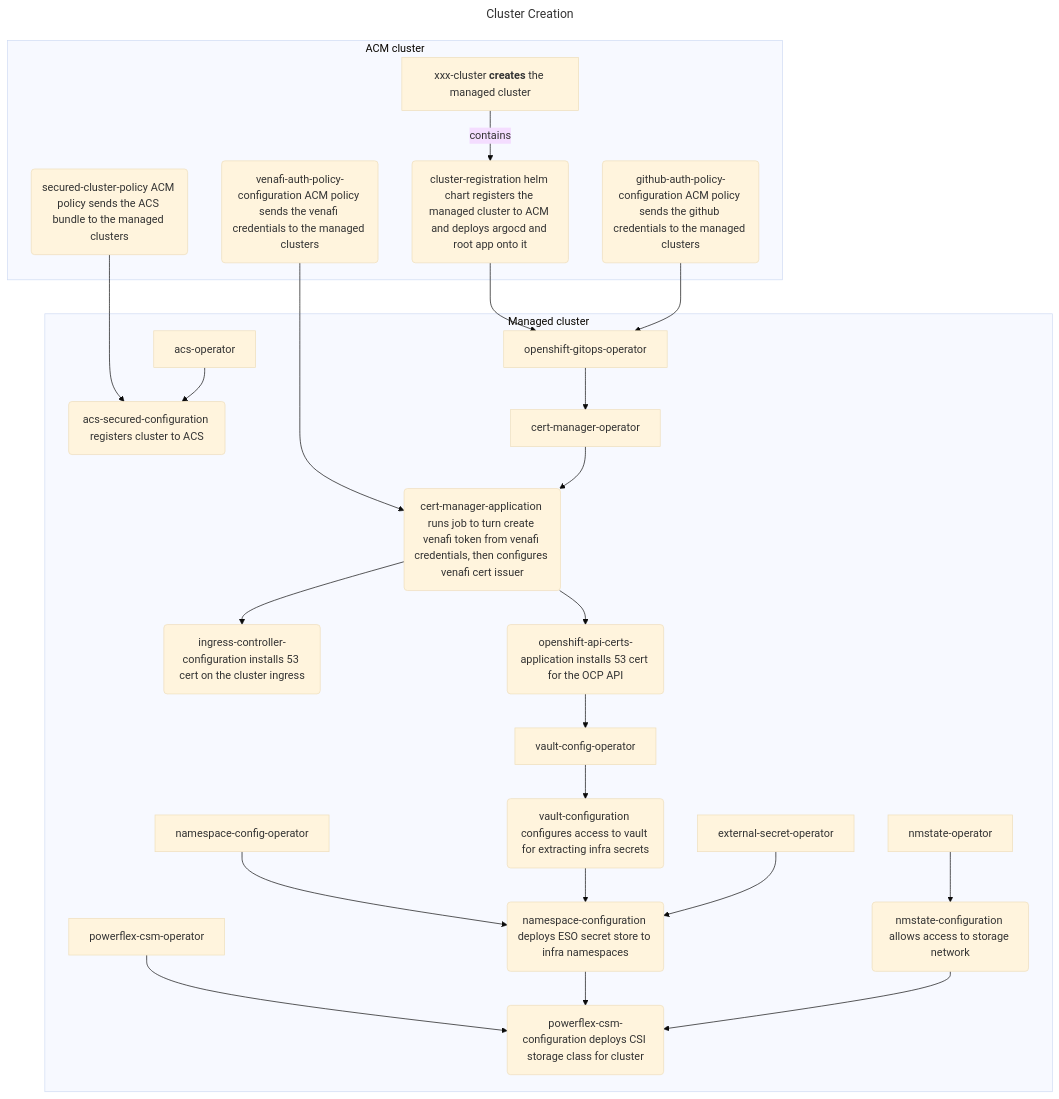
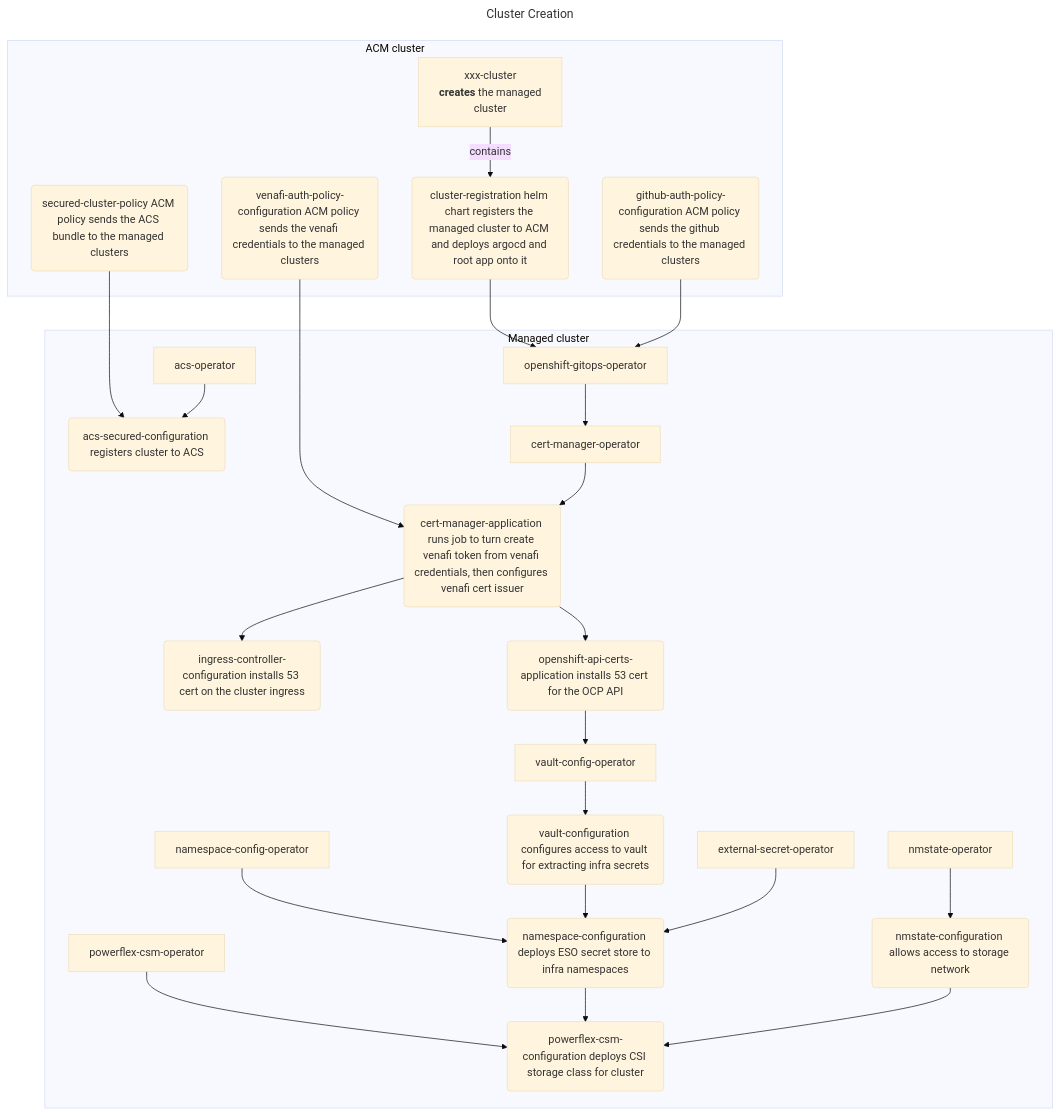
The diagram in test-mermaid/test-mermaid.build.md (mmwillingham/acm), drawn with Mermaid (base theme) before and after one commit.

````diff
--- a/test-mermaid/test-mermaid.build.md
+++ b/test-mermaid/test-mermaid.build.md
@@ -2,42 +2,44 @@
 ```mermaid
 ---
 title: Cluster Creation
 ---
 flowchart TD
     venafi-auth-policy-configuration --> cert-manager-application
     cluster-registration --> openshift-gitops-operator
     github-auth-policy-configuration --> openshift-gitops-operator
     secured-cluster-policy --> acs-secured-configuration
 
   subgraph "ACM cluster"
-    xxx-cluster["`xxx-cluster **creates** the managed cluster`"] -- contains --> cluster-registration(cluster-registration helm chart registers the managed cluster to ACM and deploys argocd and root app onto it)
+    xxx-cluster["`xxx-cluster
+**creates** the managed
+cluster`"] -- contains --> cluster-registration(cluster-registration helm chart registers the managed cluster to ACM and deploys argocd and root app onto it)
     venafi-auth-policy-configuration(venafi-auth-policy-configuration ACM policy sends the venafi credentials to the managed clusters)
     github-auth-policy-configuration(github-auth-policy-configuration ACM policy sends the github credentials to the managed clusters)
     secured-cluster-policy(secured-cluster-policy ACM policy sends the ACS bundle to the managed clusters)
   end
 
   subgraph "Managed cluster"
     openshift-gitops-operator --> cert-manager-operator
     cert-manager-operator --> cert-manager-application(cert-manager-application runs job to turn create venafi token from venafi credentials, then configures venafi cert issuer)
     cert-manager-application --> ingress-controller-configuration(ingress-controller-configuration installs 53 cert on the cluster ingress)
     cert-manager-application --> openshift-api-certs-application(openshift-api-certs-application installs 53 cert for the OCP API)
     openshift-api-certs-application --> vault-config-operator
     vault-config-operator --> vault-configuration(vault-configuration configures access to vault for extracting infra secrets)
     nmstate-operator --> nmstate-configuration(nmstate-configuration allows access to storage network)
     namespace-config-operator --> namespace-configuration(namespace-configuration deploys ESO secret store to infra namespaces)
     vault-configuration --> namespace-configuration
     external-secret-operator --> namespace-configuration
     powerflex-csm-operator --> powerflex-csm-configuration(powerflex-csm-configuration deploys CSI storage class for cluster)
     namespace-configuration --> powerflex-csm-configuration
     nmstate-configuration --> powerflex-csm-configuration
     acs-operator --> acs-secured-configuration(acs-secured-configuration registers cluster to ACS) 
   end
 
 
 
 
 
 
 
 
 ```
````
